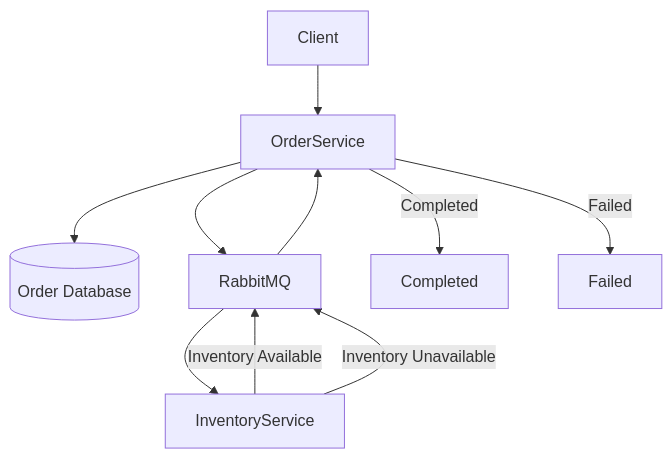
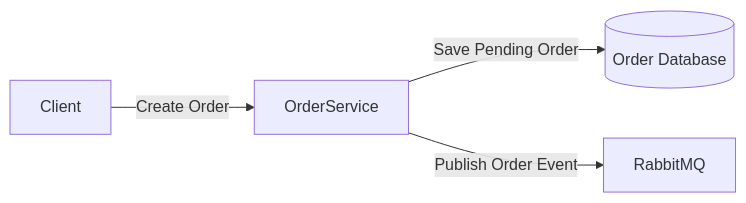
The first of 2 diagrams in README.md (BrandonGatewood/distributedOrderProcessingSystem), drawn with Mermaid before and after one commit. The commit also changed other lines of this file, not shown here.

````diff
--- a/README.md
+++ b/README.md
@@ -24,16 +26,6 @@
 ```mermaid
-flowchart TD
-    Client --> OrderService
-    OrderService --> DB[(Order Database)]
-    OrderService --> RabbitMQ
-
-    RabbitMQ --> InventoryService
-
-    InventoryService -->|Inventory Available| RabbitMQ
-    InventoryService -->|Inventory Unavailable| RabbitMQ
-
-    RabbitMQ --> OrderService
-
-    OrderService -->|Completed| CompletedOrder[Completed]
-    OrderService -->|Failed| FailedOrder[Failed]
+flowchart LR
+    Client -->|Create Order| OrderService
+    OrderService -->|Save Pending Order| DB[(Order Database)]
+    OrderService -->|Publish Order Event| RabbitMQ
 ```
````
